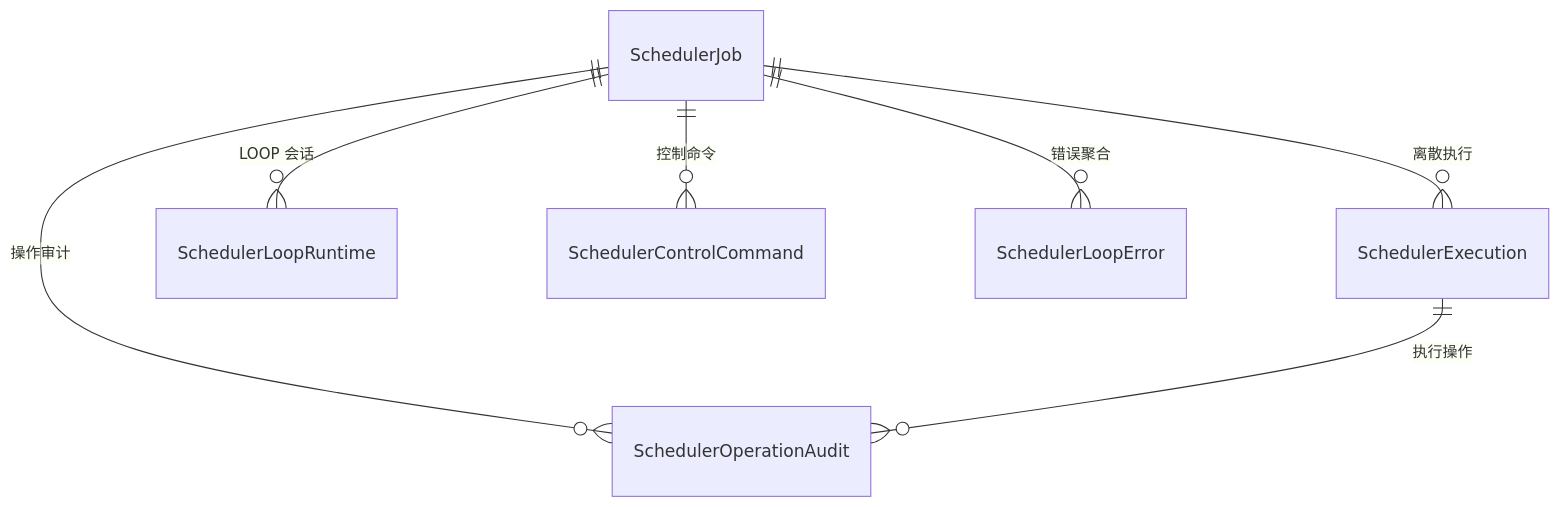
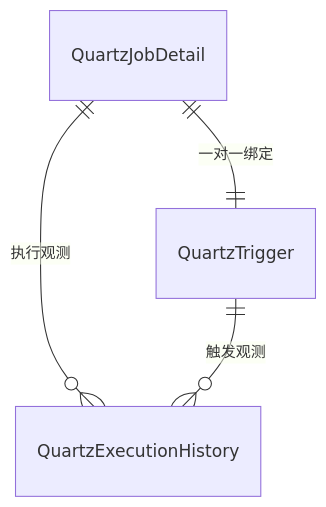
The third of 7 diagrams in docs/30-数据模型/10-ER图.md (yangxj96/spectra-docs), drawn with Mermaid before and after one commit. The commit also changed other lines of this file and 21 other files, not shown here.

````diff
--- a/docs/30-数据模型/10-ER图.md
+++ b/docs/30-数据模型/10-ER图.md
@@ -48,9 +48,6 @@
 ```mermaid
 erDiagram
-    SchedulerJob ||--o{ SchedulerExecution : "离散执行"
-    SchedulerJob ||--o{ SchedulerLoopRuntime : "LOOP 会话"
-    SchedulerJob ||--o{ SchedulerControlCommand : "控制命令"
-    SchedulerJob ||--o{ SchedulerLoopError : "错误聚合"
-    SchedulerJob ||--o{ SchedulerOperationAudit : "操作审计"
-    SchedulerExecution ||--o{ SchedulerOperationAudit : "执行操作"
+    QuartzJobDetail ||--|| QuartzTrigger : "一对一绑定"
+    QuartzJobDetail ||--o{ QuartzExecutionHistory : "执行观测"
+    QuartzTrigger ||--o{ QuartzExecutionHistory : "触发观测"
 ```
````
